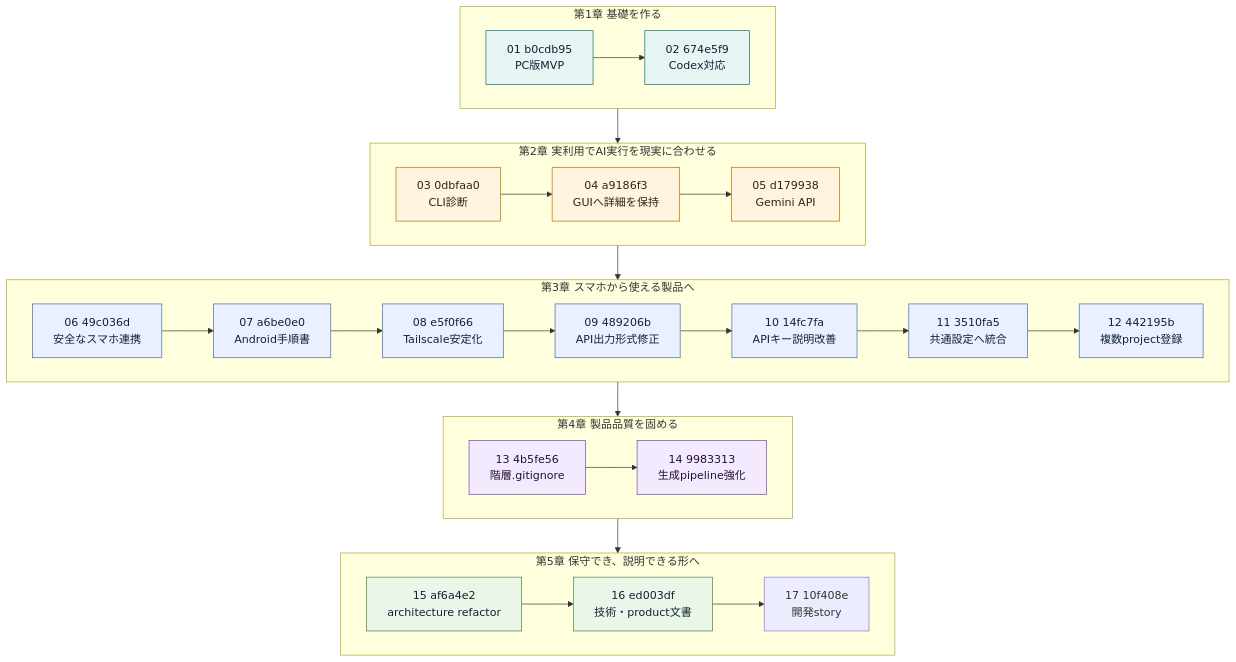
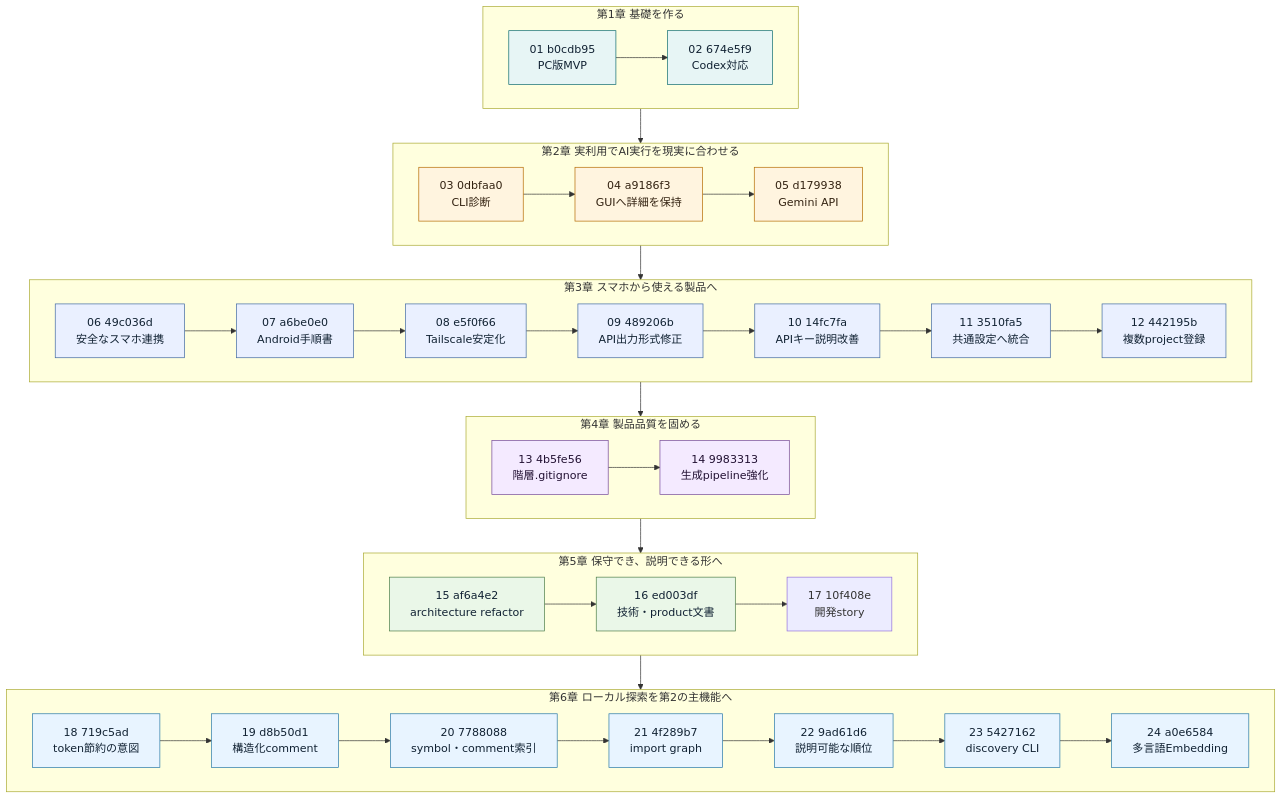
The third of 13 diagrams in docs/development-story.md (matsutanishimpei/make-summary), drawn with Mermaid before and after one commit. The commit also changed other lines of this file and 1 other file, not shown here.

Commit message:
docs: trace local discovery rollout

````diff
--- a/docs/development-story.md
+++ b/docs/development-story.md
@@ -71,50 +71,63 @@
 ```mermaid
 flowchart TB
     subgraph P1["第1章 基礎を作る"]
         direction LR
         C01["01 b0cdb95<br/>PC版MVP"] --> C02["02 674e5f9<br/>Codex対応"]
     end
 
     subgraph P2["第2章 実利用でAI実行を現実に合わせる"]
         direction LR
         C03["03 0dbfaa0<br/>CLI診断"] --> C04["04 a9186f3<br/>GUIへ詳細を保持"]
         C04 --> C05["05 d179938<br/>Gemini API"]
     end
 
     subgraph P3["第3章 スマホから使える製品へ"]
         direction LR
         C06["06 49c036d<br/>安全なスマホ連携"] --> C07["07 a6be0e0<br/>Android手順書"]
         C07 --> C08["08 e5f0f66<br/>Tailscale安定化"]
         C08 --> C09["09 489206b<br/>API出力形式修正"]
         C09 --> C10["10 14fc7fa<br/>APIキー説明改善"]
         C10 --> C11["11 3510fa5<br/>共通設定へ統合"]
         C11 --> C12["12 442195b<br/>複数project登録"]
     end
 
     subgraph P4["第4章 製品品質を固める"]
         direction LR
         C13["13 4b5fe56<br/>階層.gitignore"] --> C14["14 9983313<br/>生成pipeline強化"]
     end
 
     subgraph P5["第5章 保守でき、説明できる形へ"]
         direction LR
         C15["15 af6a4e2<br/>architecture refactor"] --> C16["16 ed003df<br/>技術・product文書"]
         C16 --> C17["17 10f408e<br/>開発story"]
     end
 
+    subgraph P6["第6章 ローカル探索を第2の主機能へ"]
+        direction LR
+        C18["18 719c5ad<br/>token節約の意図"] --> C19["19 d8b50d1<br/>構造化comment"]
+        C19 --> C20["20 7788088<br/>symbol・comment索引"]
+        C20 --> C21["21 4f289b7<br/>import graph"]
+        C21 --> C22["22 9ad61d6<br/>説明可能な順位"]
+        C22 --> C23["23 5427162<br/>discovery CLI"]
+        C23 --> C24["24 a0e6584<br/>多言語Embedding"]
+    end
+
     C02 --> C03
     C05 --> C06
     C12 --> C13
     C14 --> C15
+    C17 --> C18
 
     classDef foundation fill:#e7f5f5,stroke:#0c6b70,color:#123;
     classDef feedback fill:#fff4df,stroke:#b56b00,color:#321;
     classDef mobile fill:#eaf0ff,stroke:#4169a1,color:#123;
     classDef quality fill:#f4eaff,stroke:#74479b,color:#213;
     classDef structure fill:#eaf7e8,stroke:#4c7d47,color:#123;
+    classDef discovery fill:#e8f4ff,stroke:#2878a8,color:#123;
     class C01,C02 foundation;
     class C03,C04,C05 feedback;
     class C06,C07,C08,C09,C10,C11,C12 mobile;
     class C13,C14 quality;
     class C15,C16 structure;
+    class C18,C19,C20,C21,C22,C23,C24 discovery;
 ```
````
